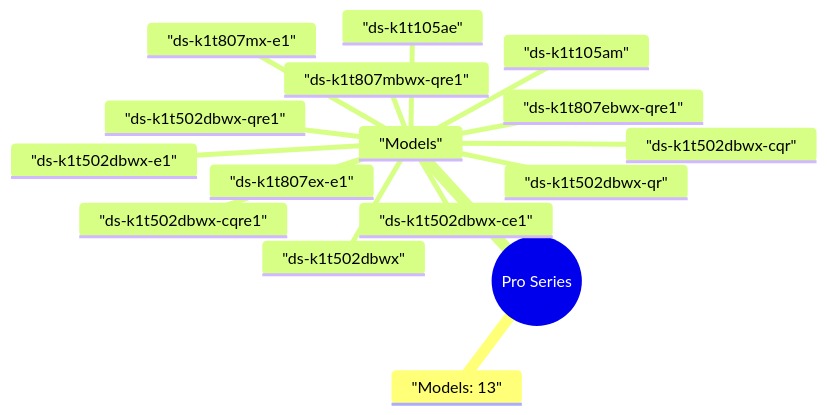
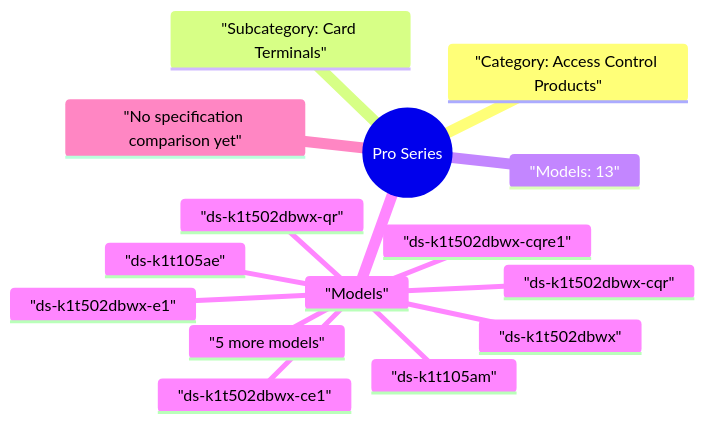
Before and after one commit to 123321step/hikvision-product-map: the diagram in site/mindmaps/en-access-control-products-card-terminals-pro-series.mmd, drawn with Mermaid. The commit also changed 647 other files, not shown here.

Commit message:
Rework mindmaps around product series differences

```diff
--- a/site/mindmaps/en-access-control-products-card-terminals-pro-series.mmd
+++ b/site/mindmaps/en-access-control-products-card-terminals-pro-series.mmd
@@ -1,17 +1,16 @@
 mindmap
   root(("Pro Series"))
+    "Category: Access Control Products"
+    "Subcategory: Card Terminals"
     "Models: 13"
     "Models"
       "ds-k1t105ae"
       "ds-k1t105am"
       "ds-k1t502dbwx"
       "ds-k1t502dbwx-ce1"
       "ds-k1t502dbwx-cqr"
       "ds-k1t502dbwx-cqre1"
       "ds-k1t502dbwx-e1"
       "ds-k1t502dbwx-qr"
-      "ds-k1t502dbwx-qre1"
-      "ds-k1t807ebwx-qre1"
-      "ds-k1t807ex-e1"
-      "ds-k1t807mbwx-qre1"
-      "ds-k1t807mx-e1"
+      "5 more models"
+    "No specification comparison yet"
```
